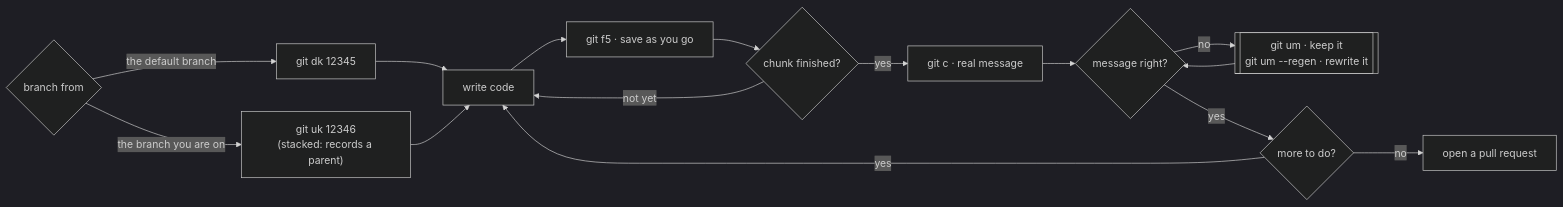
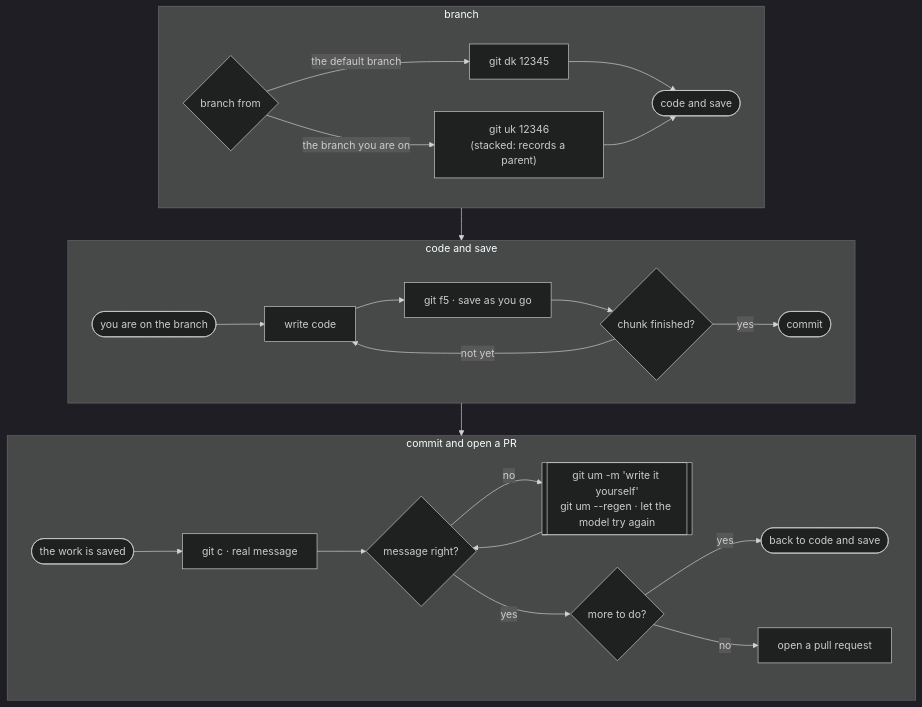
The diagram in docs/working-on-a-ticket.md (adrian-enspired/gitconfig), drawn with Mermaid (dark theme) before and after one commit. The commit also changed other lines of this file and 11 other files, not shown here.

````diff
--- a/docs/working-on-a-ticket.md
+++ b/docs/working-on-a-ticket.md
@@ -6,17 +6,30 @@
 ```mermaid
-flowchart LR
-    A{branch from} -- the default branch --> B["git dk 12345"]
-    A -- the branch you are on --> C["git uk 12346<br/>(stacked: records a parent)"]
-    B --> D[write code]
-    C --> D
-    D --> E["git f5 · save as you go"]
-    E --> F{chunk finished?}
-    F -- not yet --> D
-    F -- yes --> G["git c · real message"]
-    G --> H{message right?}
-    H -- no --> I[["git um · keep it<br/>git um --regen · rewrite it"]]
-    I --> H
-    H -- yes --> J{more to do?}
-    J -- yes --> D
-    J -- no --> K[open a pull request]
+flowchart TD
+    subgraph one ["branch"]
+        direction LR
+        A{branch from} -- the default branch --> B["git dk 12345"]
+        A -- the branch you are on --> C["git uk 12346<br/>(stacked: records a parent)"]
+        B --> D(["code and save"])
+        C --> D
+    end
+    subgraph two ["code and save"]
+        direction LR
+        E(["you are on the branch"]) --> F[write code]
+        F --> G["git f5 · save as you go"]
+        G --> H{chunk finished?}
+        H -- not yet --> F
+        H -- yes --> I(["commit"])
+    end
+    subgraph three ["commit and open a PR"]
+        direction LR
+        J(["the work is saved"]) --> K["git c · real message"]
+        K --> L{message right?}
+        L -- no --> M[["git um -m 'write it yourself'<br/>git um --regen · let the model try again"]]
+        M --> L
+        L -- yes --> N{more to do?}
+        N -- yes --> O(["back to code and save"])
+        N -- no --> P[open a pull request]
+    end
+    one --> two
+    two --> three
 ```
````
